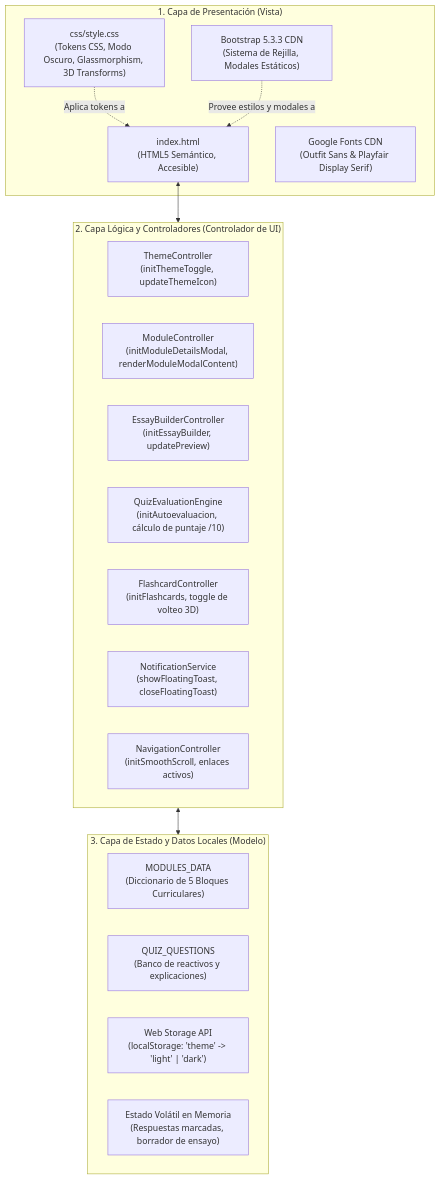
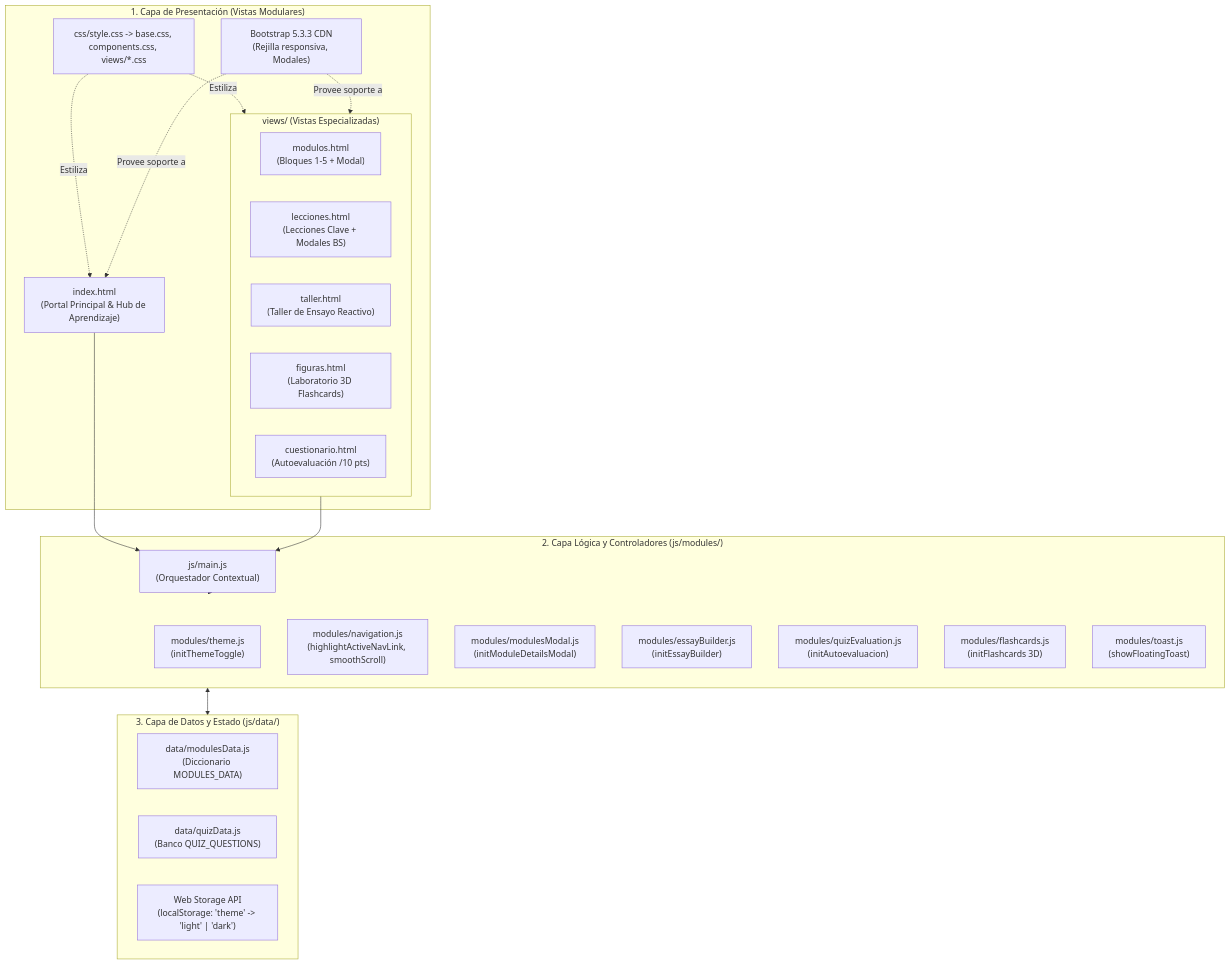
One commit to Naidelyn2003/Lengua-Literatura-9no changed the first of 3 diagrams in docs/ARQUITECTURA.md. Above: the diagram before and after it, drawn with Mermaid. The commit also changed other lines of this file and 27 other files, not shown here.

First line of the commit message:
refactor: reestructurar vistas y componentes modulares de forma escalable

````diff
--- a/docs/ARQUITECTURA.md
+++ b/docs/ARQUITECTURA.md
@@ -25,32 +25,40 @@
 ```mermaid
 flowchart TD
-    subgraph CAPA_PRESENTACION["1. Capa de Presentación (Vista)"]
-        UI_HTML["index.html\n(HTML5 Semántico, Accesible)"]
-        UI_CSS["css/style.css\n(Tokens CSS, Modo Oscuro, Glassmorphism, 3D Transforms)"]
-        UI_BS["Bootstrap 5.3.3 CDN\n(Sistema de Rejilla, Modales Estáticos)"]
-        UI_FONTS["Google Fonts CDN\n(Outfit Sans & Playfair Display Serif)"]
+    subgraph CAPA_PRESENTACION["1. Capa de Presentación (Vistas Modulares)"]
+        UI_PORTAL["index.html\n(Portal Principal & Hub de Aprendizaje)"]
+        subgraph VISTAS["views/ (Vistas Especializadas)"]
+            V_MOD["modulos.html\n(Bloques 1-5 + Modal)"]
+            V_LEC["lecciones.html\n(Lecciones Clave + Modales BS)"]
+            V_TAL["taller.html\n(Taller de Ensayo Reactivo)"]
+            V_FIG["figuras.html\n(Laboratorio 3D Flashcards)"]
+            V_QUIZ["cuestionario.html\n(Autoevaluación /10 pts)"]
+        end
+        UI_CSS["css/style.css -> base.css, components.css, views/*.css"]
+        UI_BS["Bootstrap 5.3.3 CDN\n(Rejilla responsiva, Modales)"]
     end
 
-    subgraph CAPA_LOGICA["2. Capa Lógica y Controladores (Controlador de UI)"]
-        TC["ThemeController\n(initThemeToggle, updateThemeIcon)"]
-        MC["ModuleController\n(initModuleDetailsModal, renderModuleModalContent)"]
-        EC["EssayBuilderController\n(initEssayBuilder, updatePreview)"]
-        QC["QuizEvaluationEngine\n(initAutoevaluacion, cálculo de puntaje /10)"]
-        FC["FlashcardController\n(initFlashcards, toggle de volteo 3D)"]
-        NC["NotificationService\n(showFloatingToast, closeFloatingToast)"]
-        SC["NavigationController\n(initSmoothScroll, enlaces activos)"]
+    subgraph CAPA_LOGICA["2. Capa Lógica y Controladores (js/modules/)"]
+        MAIN["js/main.js\n(Orquestador Contextual)"]
+        TC["modules/theme.js\n(initThemeToggle)"]
+        NAV["modules/navigation.js\n(highlightActiveNavLink, smoothScroll)"]
+        MC["modules/modulesModal.js\n(initModuleDetailsModal)"]
+        EC["modules/essayBuilder.js\n(initEssayBuilder)"]
+        QC["modules/quizEvaluation.js\n(initAutoevaluacion)"]
+        FC["modules/flashcards.js\n(initFlashcards 3D)"]
+        NC["modules/toast.js\n(showFloatingToast)"]
     end
 
-    subgraph CAPA_DATOS["3. Capa de Estado y Datos Locales (Modelo)"]
-        DATA_MOD["MODULES_DATA\n(Diccionario de 5 Bloques Curriculares)"]
-        DATA_QUIZ["QUIZ_QUESTIONS\n(Banco de reactivos y explicaciones)"]
+    subgraph CAPA_DATOS["3. Capa de Datos y Estado (js/data/)"]
+        DATA_MOD["data/modulesData.js\n(Diccionario MODULES_DATA)"]
+        DATA_QUIZ["data/quizData.js\n(Banco QUIZ_QUESTIONS)"]
         STORAGE["Web Storage API\n(localStorage: 'theme' -> 'light' | 'dark')"]
-        DOM_STATE["Estado Volátil en Memoria\n(Respuestas marcadas, borrador de ensayo)"]
     end
 
     %% Relaciones entre capas
-    UI_HTML <--> CAPA_LOGICA
+    UI_PORTAL --> MAIN
+    VISTAS --> MAIN
+    MAIN --> CAPA_LOGICA
     CAPA_LOGICA <--> CAPA_DATOS
-    UI_CSS -. Aplica tokens a .-> UI_HTML
-    UI_BS -. Provee estilos y modales a .-> UI_HTML
+    UI_CSS -. Estiliza .-> UI_PORTAL & VISTAS
+    UI_BS -. Provee soporte a .-> UI_PORTAL & VISTAS
 ```
````
